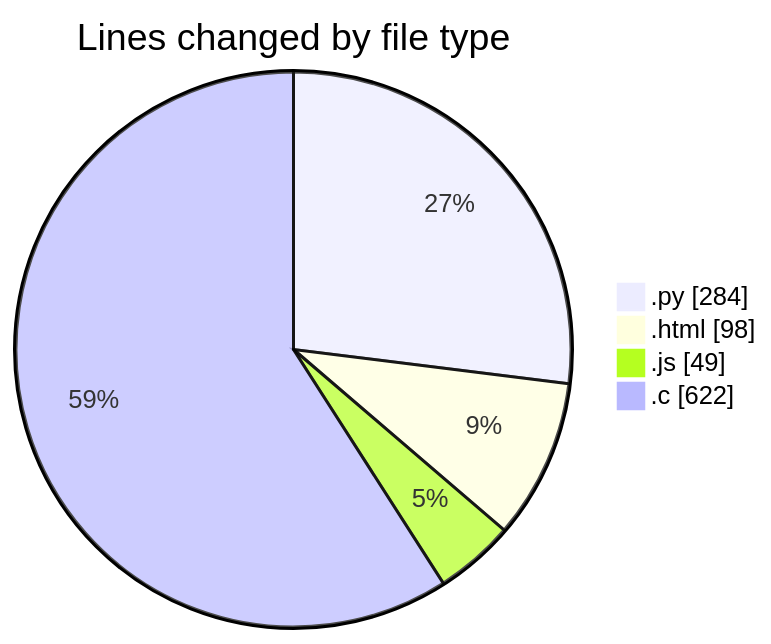
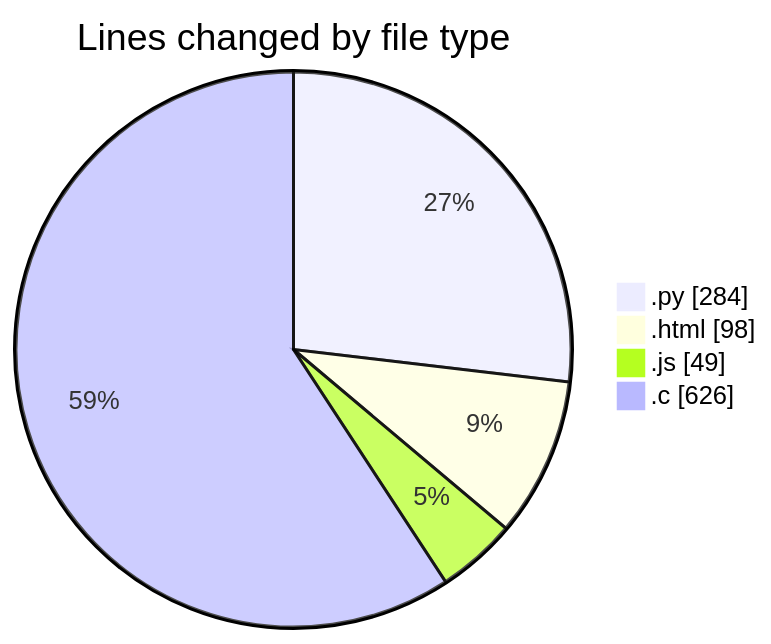
Before and after one commit to Ritupan-Deka/code-tracking: the first of 2 diagrams in 2025-01-21/projects/README.md, drawn with Mermaid. The commit also changed other lines of this file and 1 other file, not shown here.

````diff
--- a/2025-01-21/projects/README.md
+++ b/2025-01-21/projects/README.md
@@ -31,8 +31,8 @@
 ```mermaid
 pie showData
 title Lines changed by file type
 ".py" : 284
 ".html" : 98
 ".js" : 49
-".c" : 622
+".c" : 626
 ```
````
